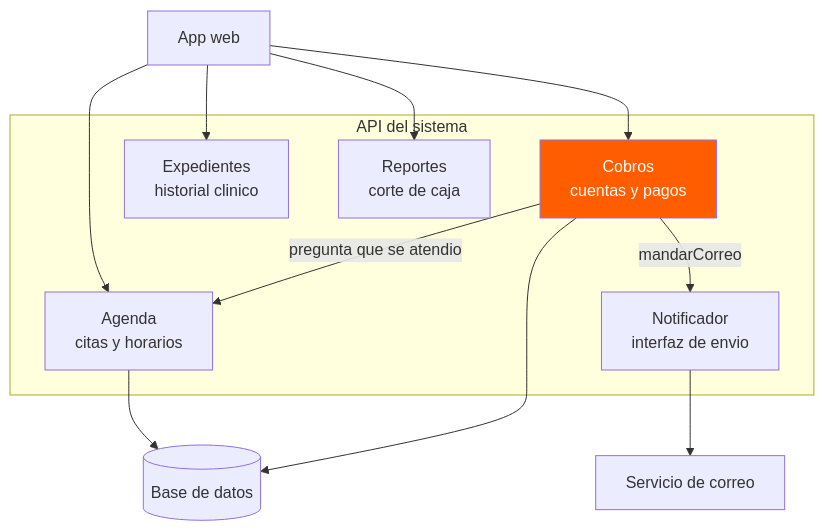
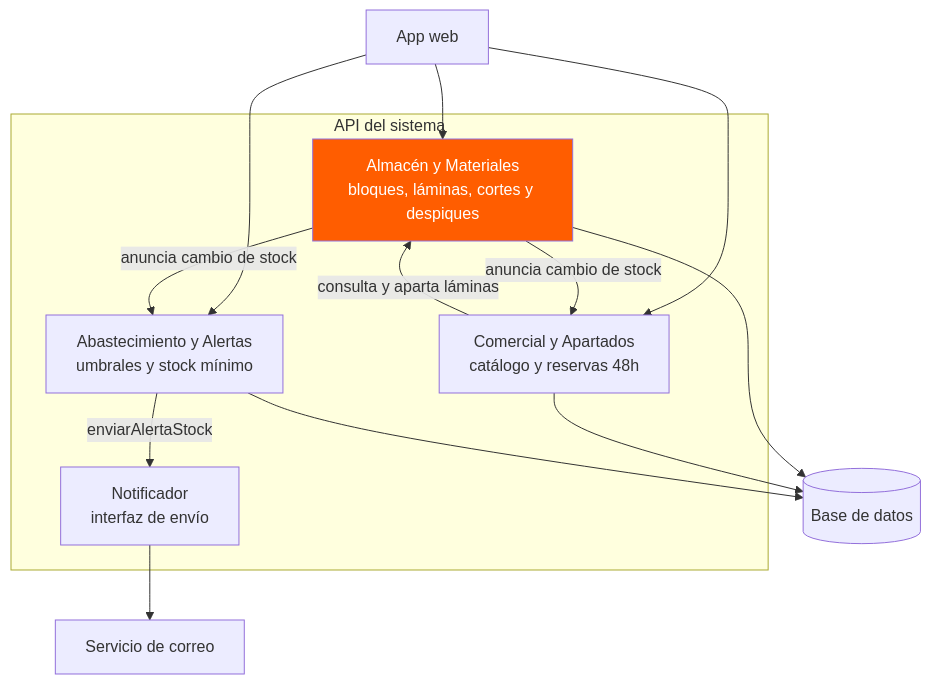
One commit to Csramy/Inventario-Empresa changed the third of 3 diagrams in docs/arch/diagramas.md. Above: the diagram before and after it, drawn with Mermaid. The commit also changed other lines of this file, not shown here.

````diff
--- a/docs/arch/diagramas.md
+++ b/docs/arch/diagramas.md
@@ -166,27 +63,28 @@
 ```mermaid
 flowchart TD
     web[App web]
 
     subgraph api[API del sistema]
-        agenda[Agenda<br/>citas y horarios]
-        cobros[Cobros<br/>cuentas y pagos]
-        exp[Expedientes<br/>historial clinico]
-        notif[Notificador<br/>interfaz de envio]
-        rep[Reportes<br/>corte de caja]
+        almacen[Almacén y Materiales<br/>bloques, láminas, cortes y despiques]
+        comercial[Comercial y Apartados<br/>catálogo y reservas 48h]
+        abast[Abastecimiento y Alertas<br/>umbrales y stock mínimo]
+        notif[Notificador<br/>interfaz de envío]
     end
 
     db[(Base de datos)]
     correo[Servicio de correo]
 
-    web --> agenda
-    web --> cobros
-    web --> exp
-    web --> rep
-    cobros -->|pregunta que se atendio| agenda
-    cobros -->|mandarCorreo| notif
+    web --> almacen
+    web --> comercial
+    web --> abast
+    comercial -->|consulta y aparta láminas| almacen
+    almacen -->|anuncia cambio de stock| comercial
+    almacen -->|anuncia cambio de stock| abast
+    abast -->|enviarAlertaStock| notif
     notif --> correo
-    agenda --> db
-    cobros --> db
+    almacen --> db
+    comercial --> db
+    abast --> db
 
-    style cobros fill:#ff5d00,color:#fff
+    style almacen fill:#ff5d00,color:#fff
 ```
````
